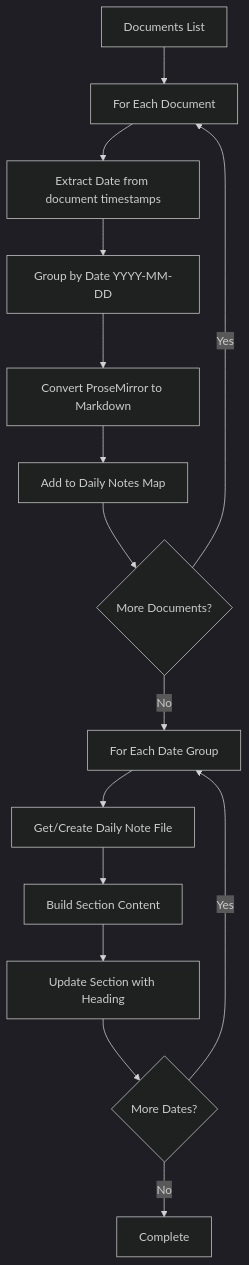
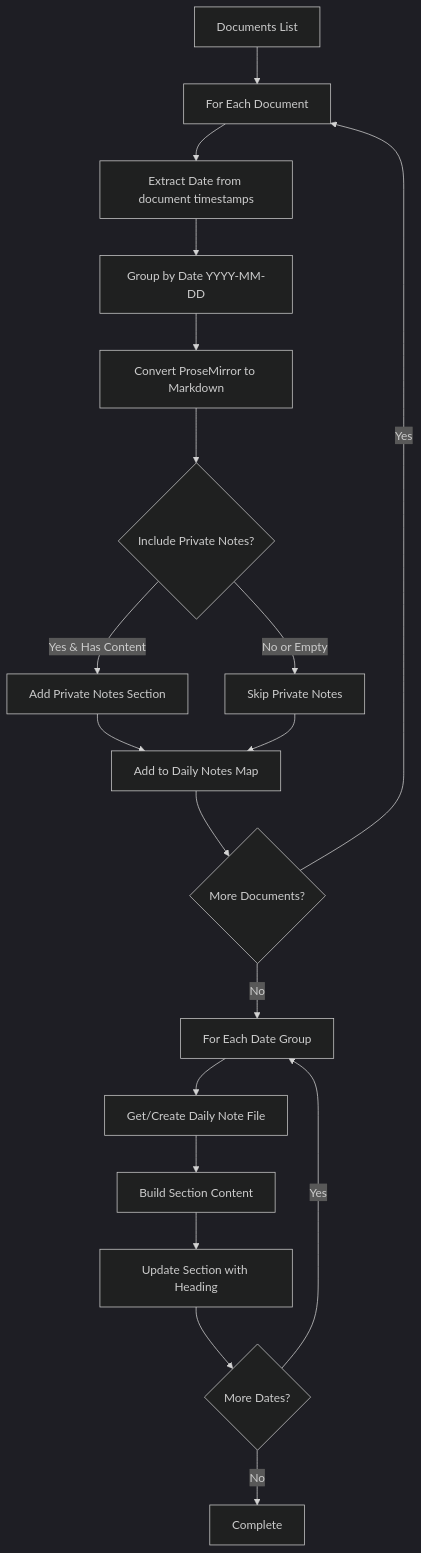
Before and after one commit to tomelliot/obsidian-granola-sync: the sixth of 7 diagrams in docs/sync-process.md, drawn with Mermaid (dark theme). The commit also changed other lines of this file and 6 other files, not shown here.

Commit message:
feat: Add support for including private notes in synced documents

````diff
--- a/docs/sync-process.md
+++ b/docs/sync-process.md
@@ -205,17 +210,21 @@
 ```mermaid
 flowchart TD
     A[Documents List] --> B[For Each Document]
     B --> C[Extract Date from document timestamps]
     C --> D[Group by Date YYYY-MM-DD]
     D --> E[Convert ProseMirror to Markdown]
-    E --> F[Add to Daily Notes Map]
+    E --> E1{Include Private Notes?}
+    E1 -->|Yes & Has Content| E2[Add Private Notes Section]
+    E1 -->|No or Empty| E3[Skip Private Notes]
+    E2 --> F[Add to Daily Notes Map]
+    E3 --> F
     F --> G{More Documents?}
     G -->|Yes| B
     G -->|No| H[For Each Date Group]
     H --> I[Get/Create Daily Note File]
     I --> J[Build Section Content]
     J --> K[Update Section with Heading]
     K --> L{More Dates?}
     L -->|Yes| H
     L -->|No| M[Complete]
 ```
````
